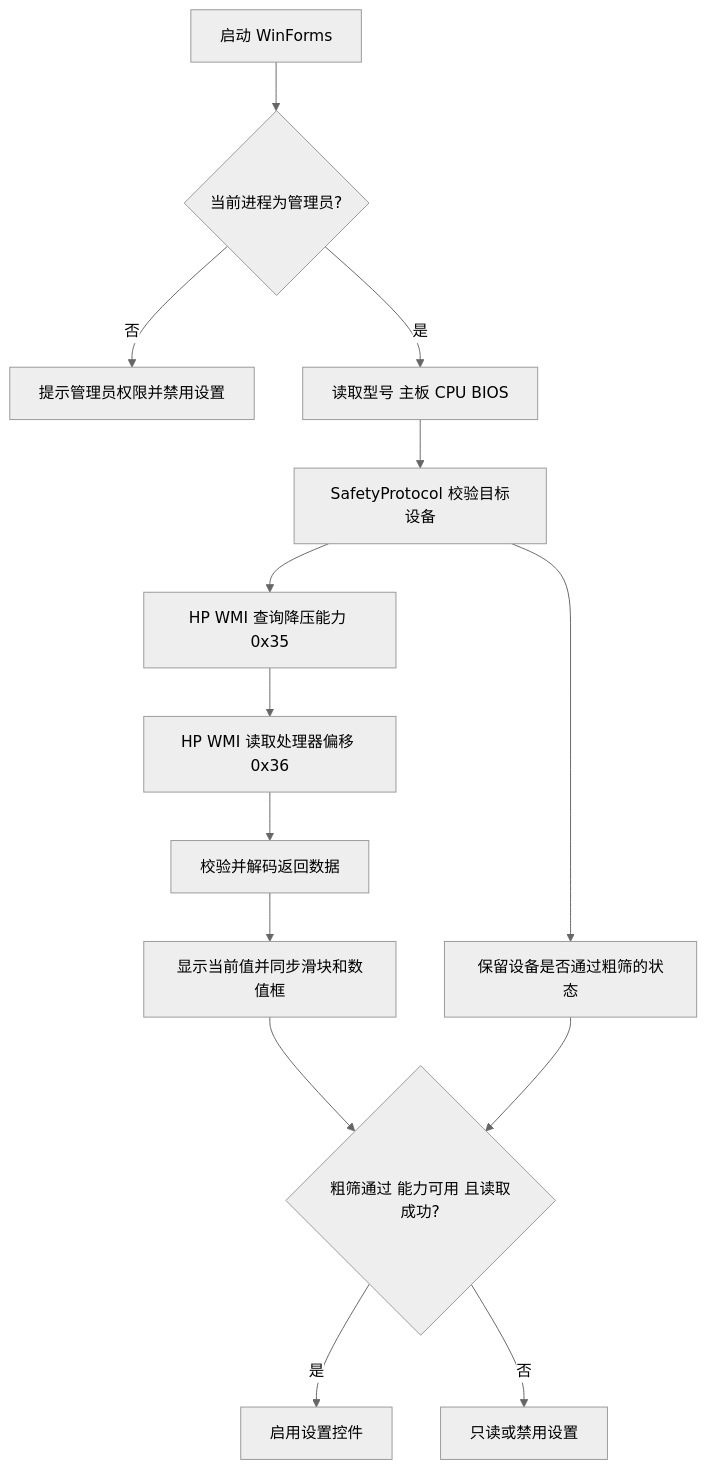
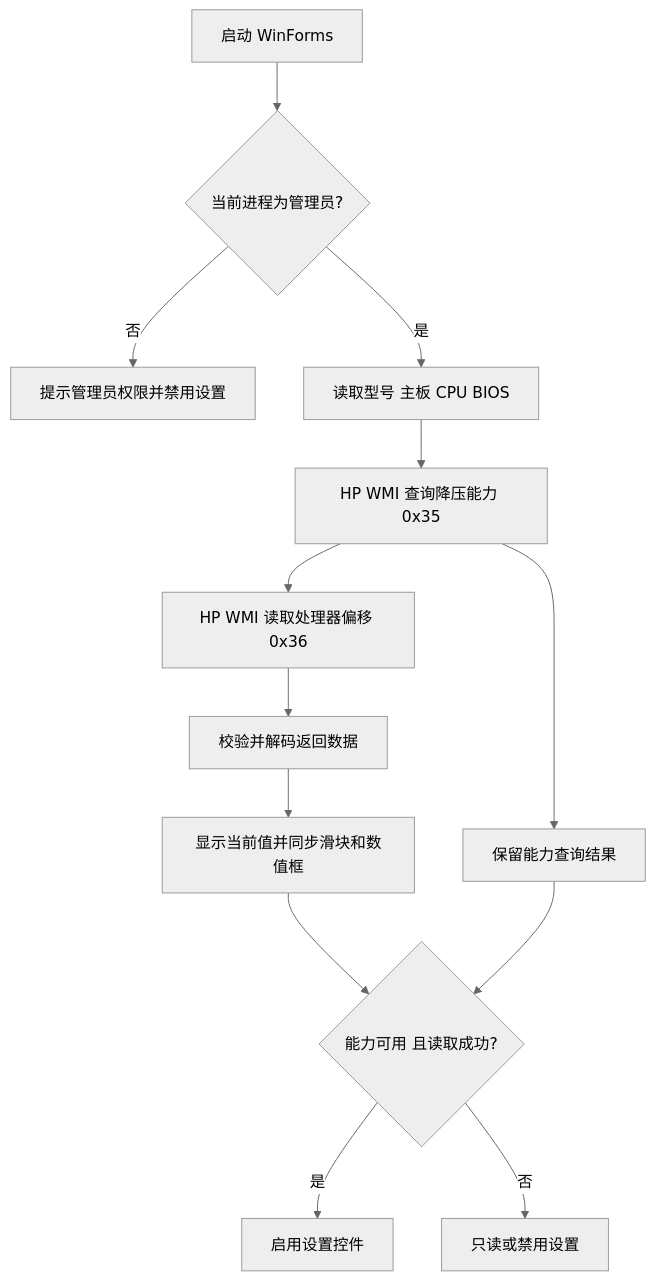
Before and after one commit to Delitriuz/omen-undervolt: the diagram in docs/architecture.md, drawn with Mermaid (neutral theme). The commit also changed other lines of this file and 6 other files, not shown here.

````diff
--- a/docs/architecture.md
+++ b/docs/architecture.md
@@ -17,16 +17,15 @@
 ```mermaid
 flowchart TD
     A[启动 WinForms] --> B{当前进程为管理员?}
     B -- 否 --> C[提示管理员权限并禁用设置]
     B -- 是 --> D[读取型号 主板 CPU BIOS]
-    D --> E[SafetyProtocol 校验目标设备]
-    E --> F[HP WMI 查询降压能力 0x35]
-    F --> G[HP WMI 读取处理器偏移 0x36]
-    G --> H[校验并解码返回数据]
-    H --> I[显示当前值并同步滑块和数值框]
-    E --> J[保留设备是否通过粗筛的状态]
-    I --> K{粗筛通过 能力可用 且读取成功?}
-    J --> K
-    K -- 是 --> L[启用设置控件]
-    K -- 否 --> M[只读或禁用设置]
+    D --> E[HP WMI 查询降压能力 0x35]
+    E --> F[HP WMI 读取处理器偏移 0x36]
+    F --> G[校验并解码返回数据]
+    G --> H[显示当前值并同步滑块和数值框]
+    E --> I[保留能力查询结果]
+    H --> J{能力可用 且读取成功?}
+    I --> J
+    J -- 是 --> K[启用设置控件]
+    J -- 否 --> L[只读或禁用设置]
 ```
````
